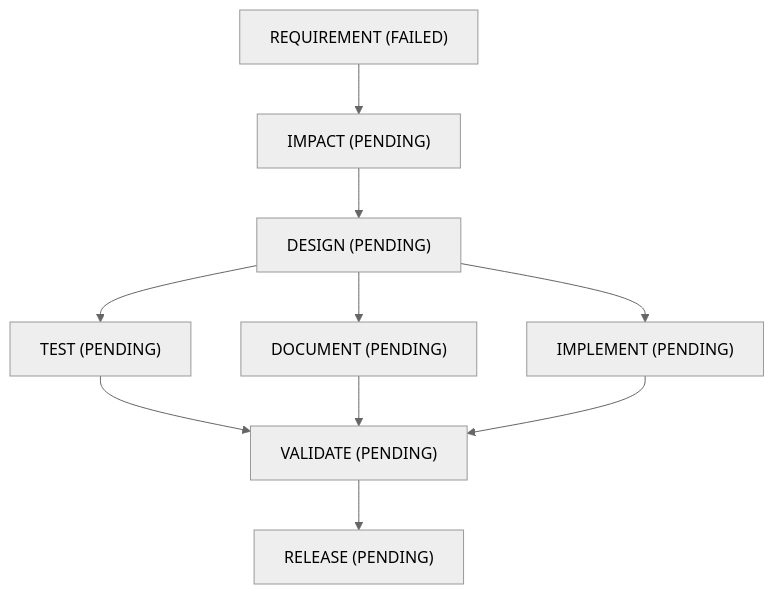
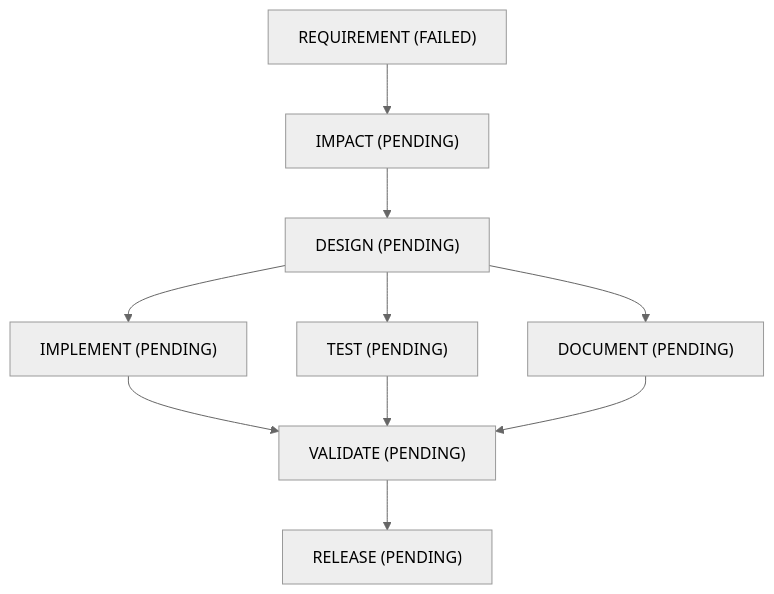
One commit to sridharvukkadapu/Agentic-Software-Engineering-System changed the diagram in runs/GREENFIELD-DEMO/report.md. Above: the diagram before and after it, drawn with Mermaid (neutral theme). The commit also changed other lines of this file and 13 other files, not shown here.

````diff
--- a/runs/GREENFIELD-DEMO/report.md
+++ b/runs/GREENFIELD-DEMO/report.md
@@ -18,20 +18,20 @@
 ```mermaid
 flowchart TD
     REQUIREMENT["REQUIREMENT (FAILED)"]
     IMPACT["IMPACT (PENDING)"]
     DESIGN["DESIGN (PENDING)"]
+    TEST["TEST (PENDING)"]
     IMPLEMENT["IMPLEMENT (PENDING)"]
     DOCUMENT["DOCUMENT (PENDING)"]
-    TEST["TEST (PENDING)"]
     VALIDATE["VALIDATE (PENDING)"]
     RELEASE["RELEASE (PENDING)"]
+    DESIGN --> TEST
     DESIGN --> IMPLEMENT
     REQUIREMENT --> IMPACT
+    IMPLEMENT --> VALIDATE
     TEST --> VALIDATE
     DOCUMENT --> VALIDATE
-    IMPLEMENT --> VALIDATE
     VALIDATE --> RELEASE
     DESIGN --> DOCUMENT
     IMPACT --> DESIGN
-    DESIGN --> TEST
 ```
````
